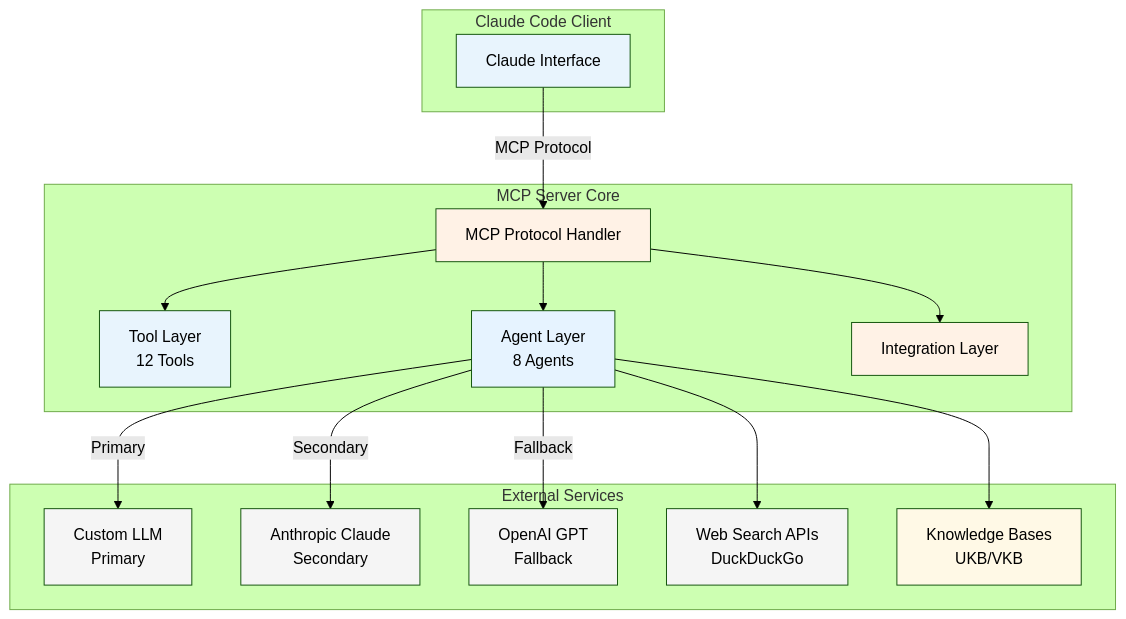
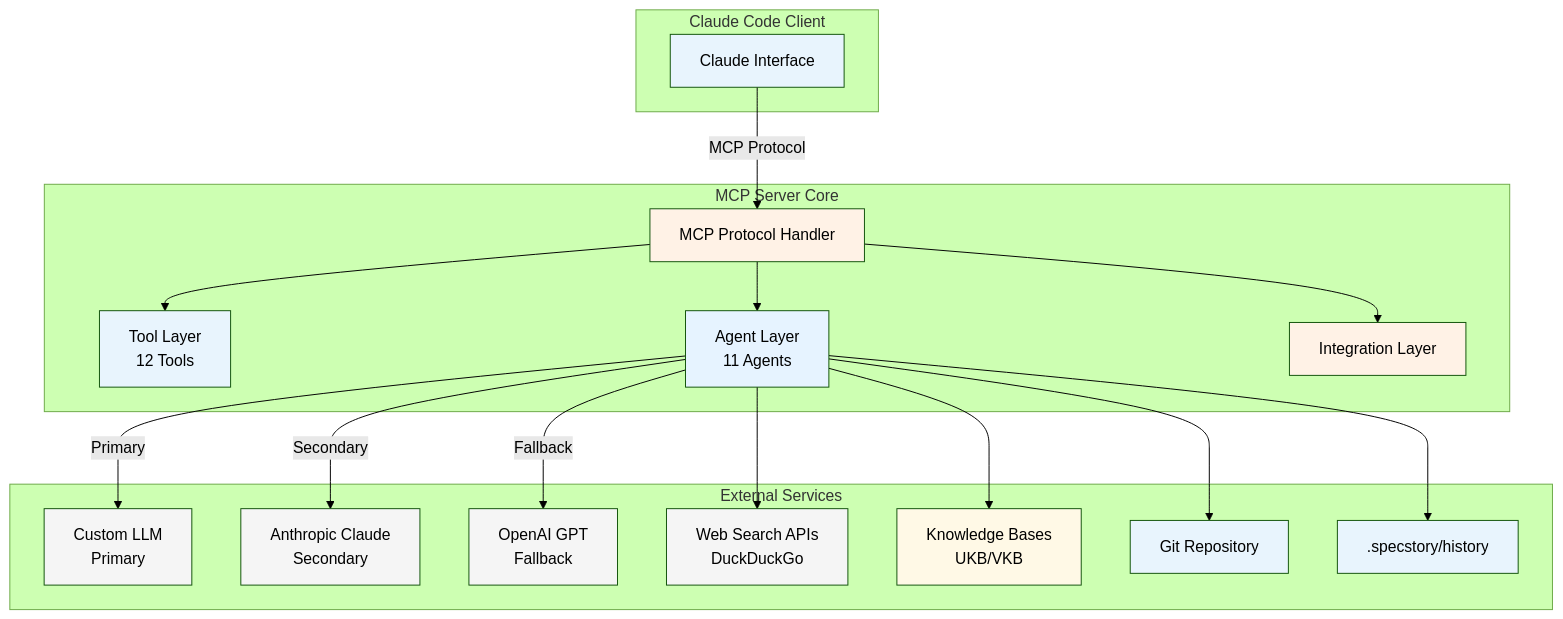
The second of 3 diagrams in README.md (fwornle/mcp-server-semantic-analysis), drawn with Mermaid (forest theme) before and after one commit. The commit also changed other lines of this file and 11 other files, not shown here.

````diff
--- a/README.md
+++ b/README.md
@@ -121,43 +175,49 @@
 ```mermaid
 graph TB
     subgraph "Claude Code Client"
         CLAUDE[Claude Interface]
     end
     
     subgraph "MCP Server Core"
         MCP[MCP Protocol Handler]
         TOOLS[Tool Layer<br/>12 Tools]
-        AGENTS[Agent Layer<br/>8 Agents]
+        AGENTS[Agent Layer<br/>11 Agents]
         INTEG[Integration Layer]
     end
     
     subgraph "External Services"
         CUSTOM[Custom LLM<br/>Primary]
         ANTHROPIC[Anthropic Claude<br/>Secondary]
         OPENAI[OpenAI GPT<br/>Fallback]
         SEARCH[Web Search APIs<br/>DuckDuckGo]
         KB[Knowledge Bases<br/>UKB/VKB]
+        GIT[Git Repository]
+        HIST[.specstory/history]
     end
     
     CLAUDE -->|MCP Protocol| MCP
     MCP --> TOOLS
     MCP --> AGENTS
     MCP --> INTEG
     
     AGENTS -->|Primary| CUSTOM
     AGENTS -->|Secondary| ANTHROPIC
     AGENTS -->|Fallback| OPENAI
     AGENTS --> SEARCH
     AGENTS --> KB
+    AGENTS --> GIT
+    AGENTS --> HIST
     
     style CLAUDE fill:#e8f4fd
     style MCP fill:#fff2e6
     style TOOLS fill:#e8f4fd
     style AGENTS fill:#e6f3ff
     style INTEG fill:#fff2e6
     style CUSTOM fill:#f5f5f5
     style ANTHROPIC fill:#f5f5f5
     style OPENAI fill:#f5f5f5
     style SEARCH fill:#f5f5f5
     style KB fill:#fff9e6
+    style GIT fill:#e8f4fd
+    style HIST fill:#e8f4fd
 ```
````
